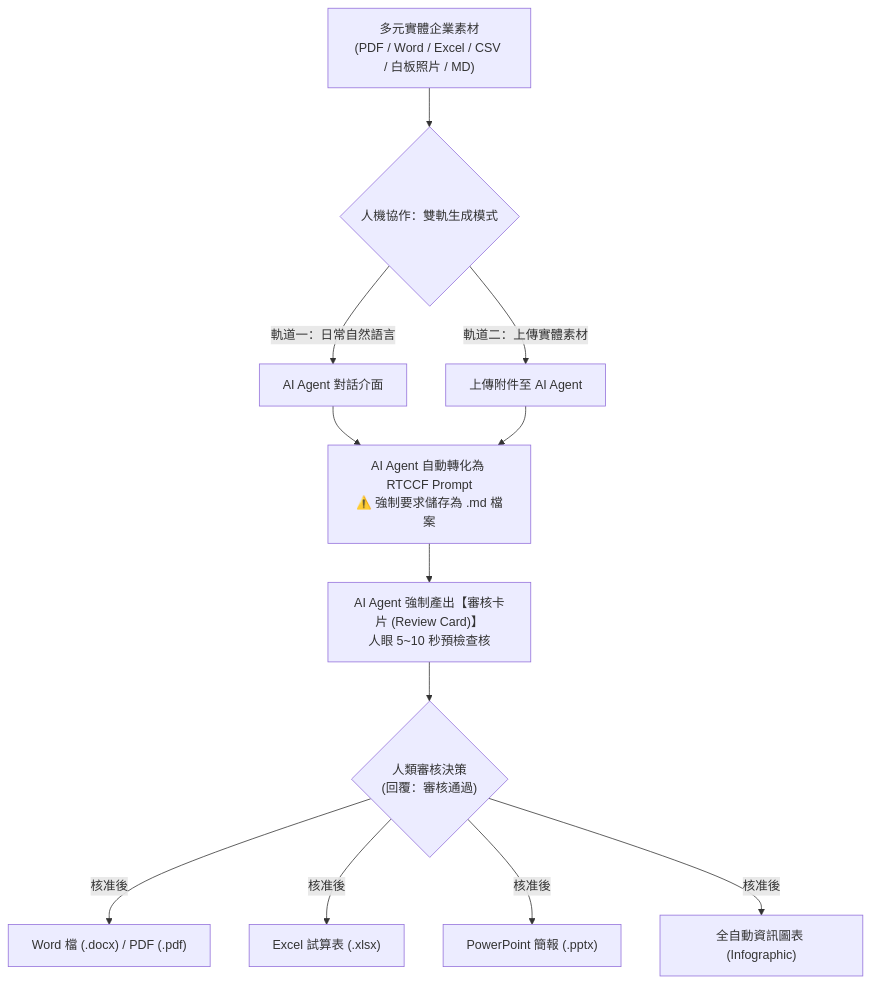
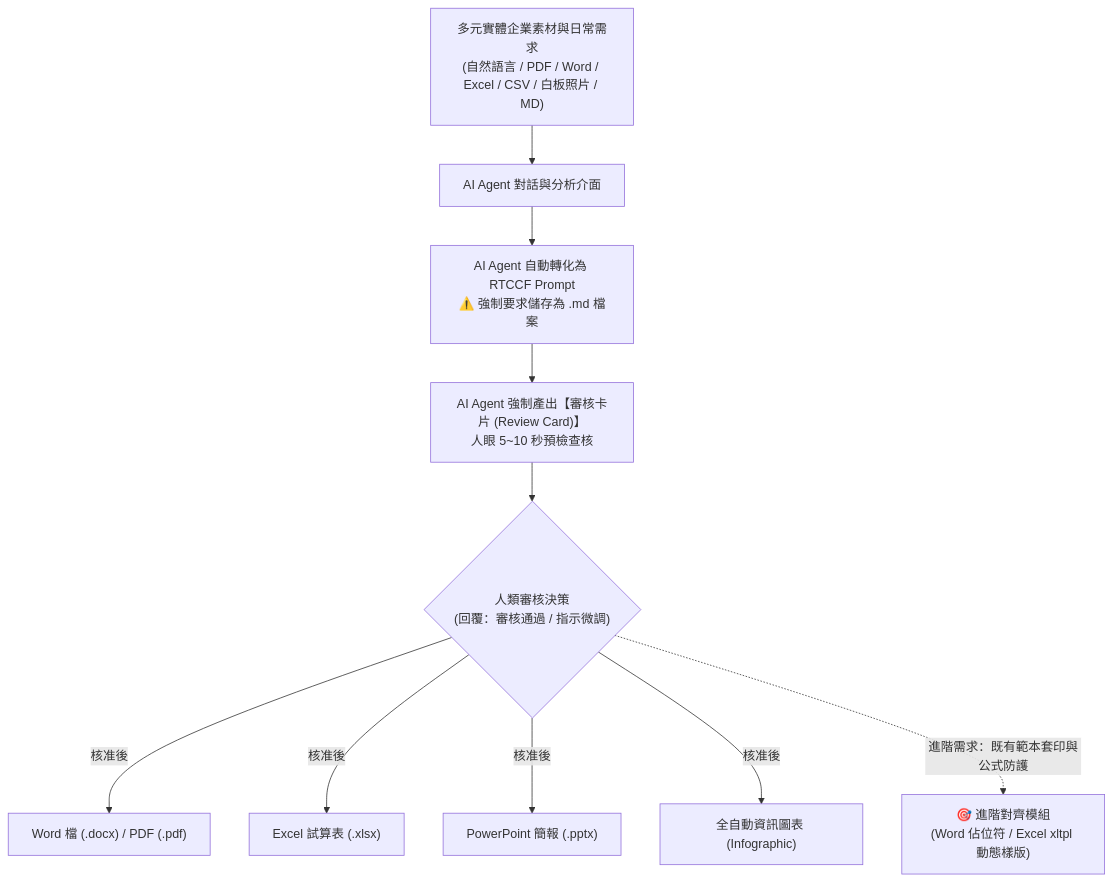
One commit to roberthsu2003/workflow-productivity changed the second of 2 diagrams in 常見的AI應用/辦公室全能應用/README.md. Above: the diagram before and after it, drawn with Mermaid. The commit also changed other lines of this file and 3 other files, not shown here.

````diff
--- a/常見的AI應用/辦公室全能應用/README.md
+++ b/常見的AI應用/辦公室全能應用/README.md
@@ -85,16 +72,15 @@
 ```mermaid
 graph TD
-    A["多元實體企業素材<br>(PDF / Word / Excel / CSV / 白板照片 / MD)"] --> B{"人機協作：雙軌生成模式"}
+    A["多元實體企業素材與日常需求<br>(自然語言 / PDF / Word / Excel / CSV / 白板照片 / MD)"] --> B["AI Agent 對話與分析介面"]
     
-    B -->|"軌道一：日常自然語言"| C["AI Agent 對話介面"]
-    B -->|"軌道二：上傳實體素材"| D["上傳附件至 AI Agent"]
+    B --> C["AI Agent 自動轉化為 RTCCF Prompt<br>⚠️ 強制要求儲存為 .md 檔案"]
+    C --> D["AI Agent 強制產出【審核卡片 (Review Card)】<br>人眼 5~10 秒預檢查核"]
+    D --> E{"人類審核決策<br>(回覆：審核通過 / 指示微調)"}
     
-    C & D --> E["AI Agent 自動轉化為 RTCCF Prompt<br>⚠️ 強制要求儲存為 .md 檔案"]
-    E --> F["AI Agent 強制產出【審核卡片 (Review Card)】<br>人眼 5~10 秒預檢查核"]
-    F --> G{"人類審核決策<br>(回覆：審核通過)"}
+    E -->|"核准後"| F["Word 檔 (.docx) / PDF (.pdf)"]
+    E -->|"核准後"| G["Excel 試算表 (.xlsx)"]
+    E -->|"核准後"| H["PowerPoint 簡報 (.pptx)"]
+    E -->|"核准後"| I["全自動資訊圖表 (Infographic)"]
     
-    G -->|"核准後"| H["Word 檔 (.docx) / PDF (.pdf)"]
-    G -->|"核准後"| I["Excel 試算表 (.xlsx)"]
-    G -->|"核准後"| J["PowerPoint 簡報 (.pptx)"]
-    G -->|"核准後"| K["全自動資訊圖表 (Infographic)"]
+    E -.->|"進階需求：既有範本套印與公式防護"| J["🎯 進階對齊模組<br>(Word 佔位符 / Excel xltpl 動態樣版)"]
 ```
````
